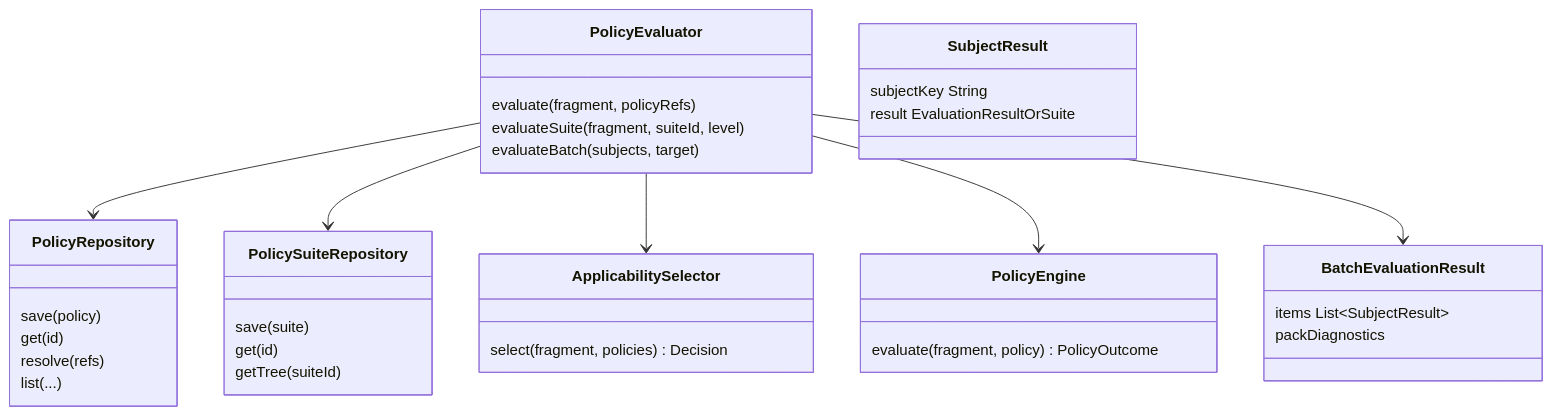
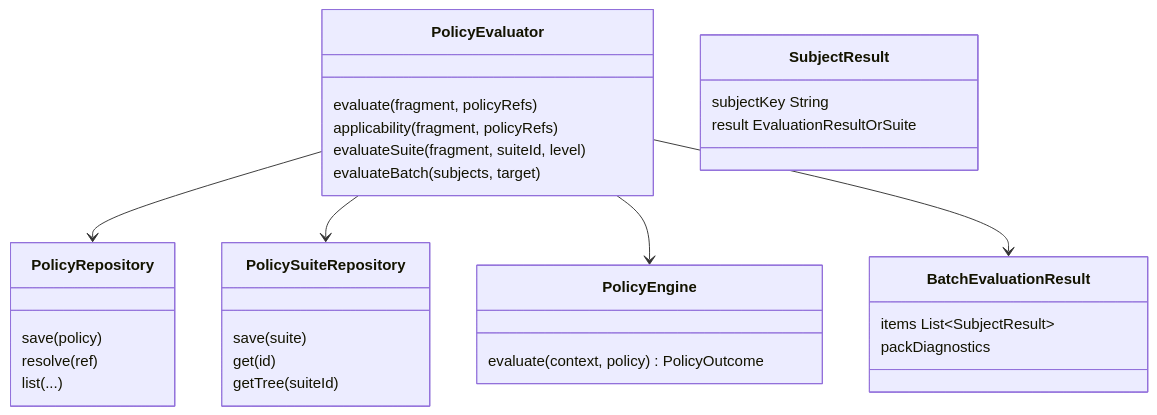
One commit to qpointz/objs changed diagram 17 of 20 in docs/design/policy/overview.md. Above: the diagram before and after it, drawn with Mermaid. The commit also changed other lines of this file and 20 other files, not shown here.

````diff
--- a/docs/design/policy/overview.md
+++ b/docs/design/policy/overview.md
@@ -558,38 +563,34 @@
 ```mermaid
 classDiagram
   class PolicyRepository {
     save(policy)
-    get(id)
-    resolve(refs)
+    resolve(ref)
     list(...)
   }
   class PolicySuiteRepository {
     save(suite)
     get(id)
     getTree(suiteId)
   }
   class PolicyEvaluator {
     evaluate(fragment, policyRefs)
+    applicability(fragment, policyRefs)
     evaluateSuite(fragment, suiteId, level)
     evaluateBatch(subjects, target)
   }
   class BatchEvaluationResult {
     items List~SubjectResult~
     packDiagnostics
   }
   class SubjectResult {
     subjectKey String
     result EvaluationResultOrSuite
   }
-  class ApplicabilitySelector {
-    select(fragment, policies) Decision
-  }
   class PolicyEngine {
-    evaluate(fragment, policy) PolicyOutcome
+    evaluate(context, policy) PolicyOutcome
   }
   PolicyEvaluator --> PolicyRepository
   PolicyEvaluator --> PolicySuiteRepository
-  PolicyEvaluator --> ApplicabilitySelector
   PolicyEvaluator --> PolicyEngine
   PolicyEvaluator --> BatchEvaluationResult
 ```
````
